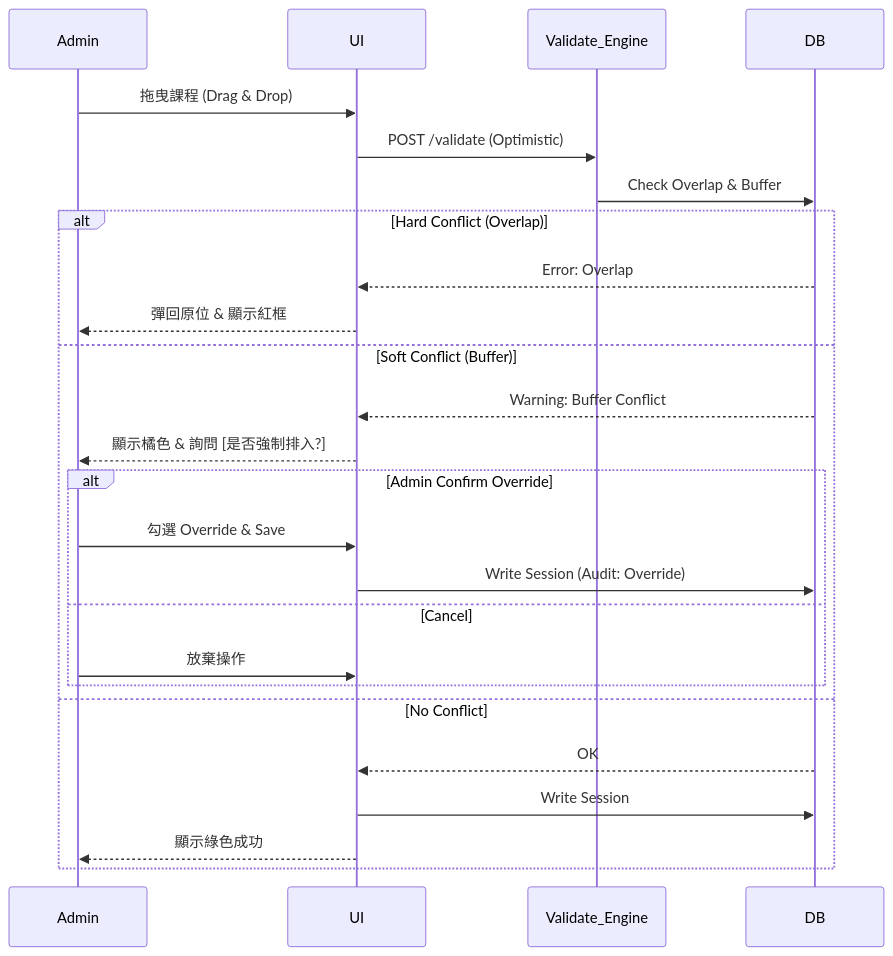
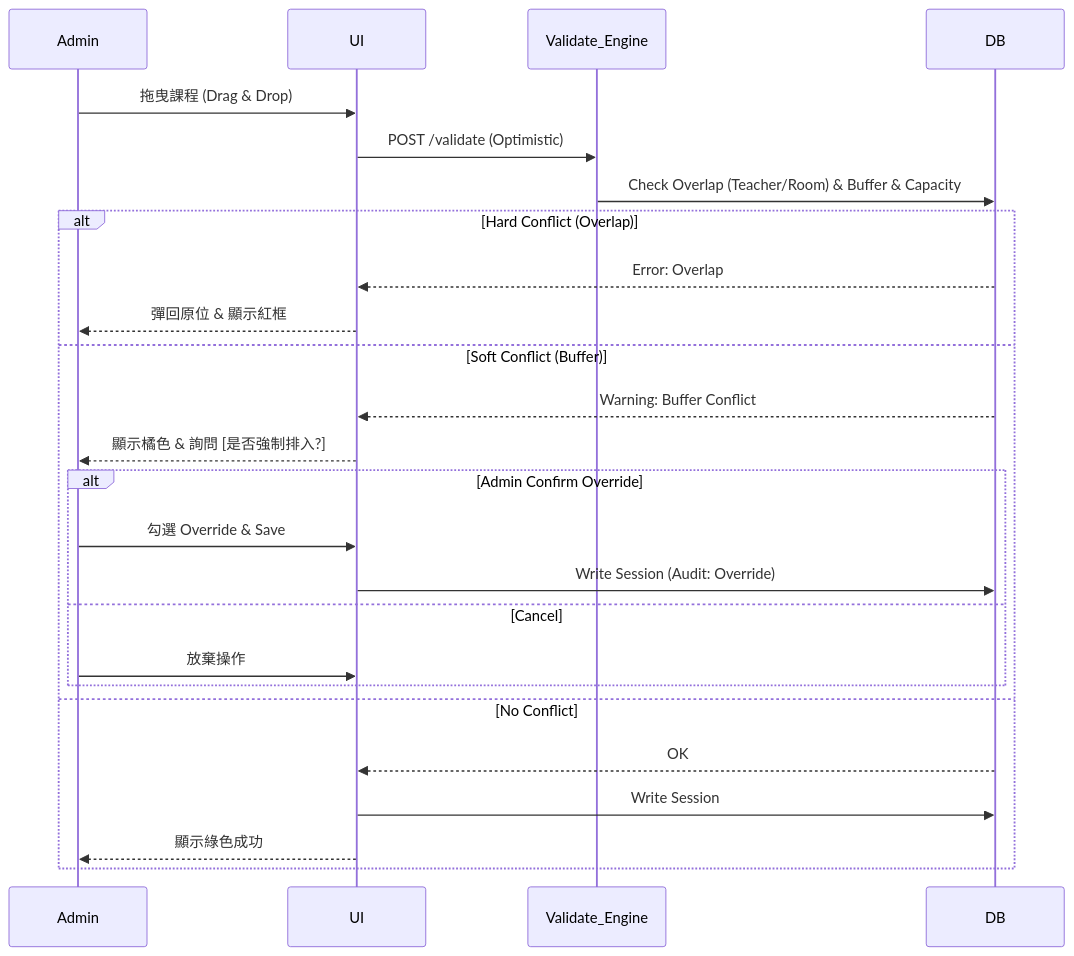
Before and after one commit to riyunstudio/TimeLedger: the second of 4 diagrams in pdr/流程與權限控管.md, drawn with Mermaid. The commit also changed other lines of this file and 12 other files, not shown here.

````diff
--- a/pdr/流程與權限控管.md
+++ b/pdr/流程與權限控管.md
@@ -41,29 +41,29 @@
 ```mermaid
 sequenceDiagram
     participant Admin
     participant UI
     participant Validate_Engine
     participant DB
 
     Admin->>UI: 拖曳課程 (Drag & Drop)
     UI->>Validate_Engine: POST /validate (Optimistic)
-    Validate_Engine->>DB: Check Overlap & Buffer
+    Validate_Engine->>DB: Check Overlap (Teacher/Room) & Buffer & Capacity
     
     alt Hard Conflict (Overlap)
         DB-->>UI: Error: Overlap
         UI-->>Admin: 彈回原位 & 顯示紅框
     else Soft Conflict (Buffer)
         DB-->>UI: Warning: Buffer Conflict
         UI-->>Admin: 顯示橘色 & 詢問 [是否強制排入?]
         alt Admin Confirm Override
             Admin->>UI: 勾選 Override & Save
             UI->>DB: Write Session (Audit: Override)
         else Cancel
             Admin->>UI: 放棄操作
         end
     else No Conflict
         DB-->>UI: OK
         UI->>DB: Write Session
         UI-->>Admin: 顯示綠色成功
     end
 ```
````
